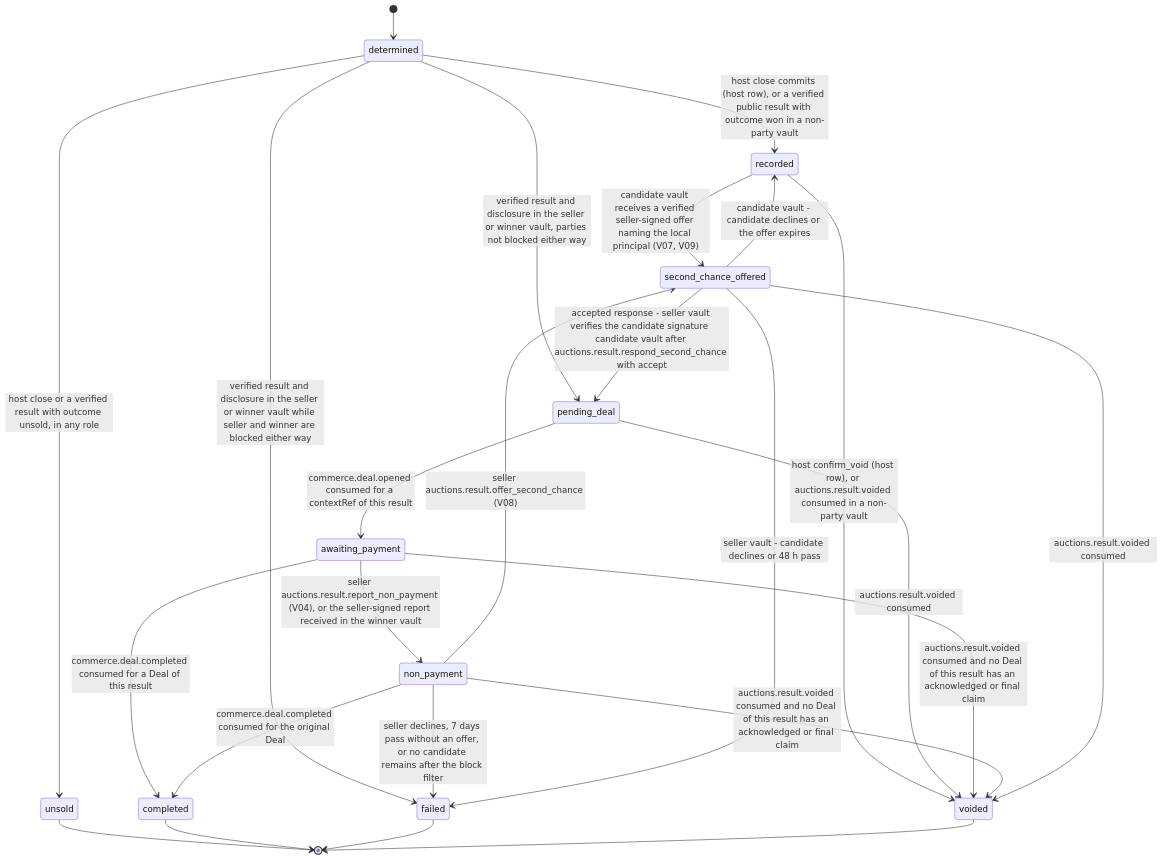
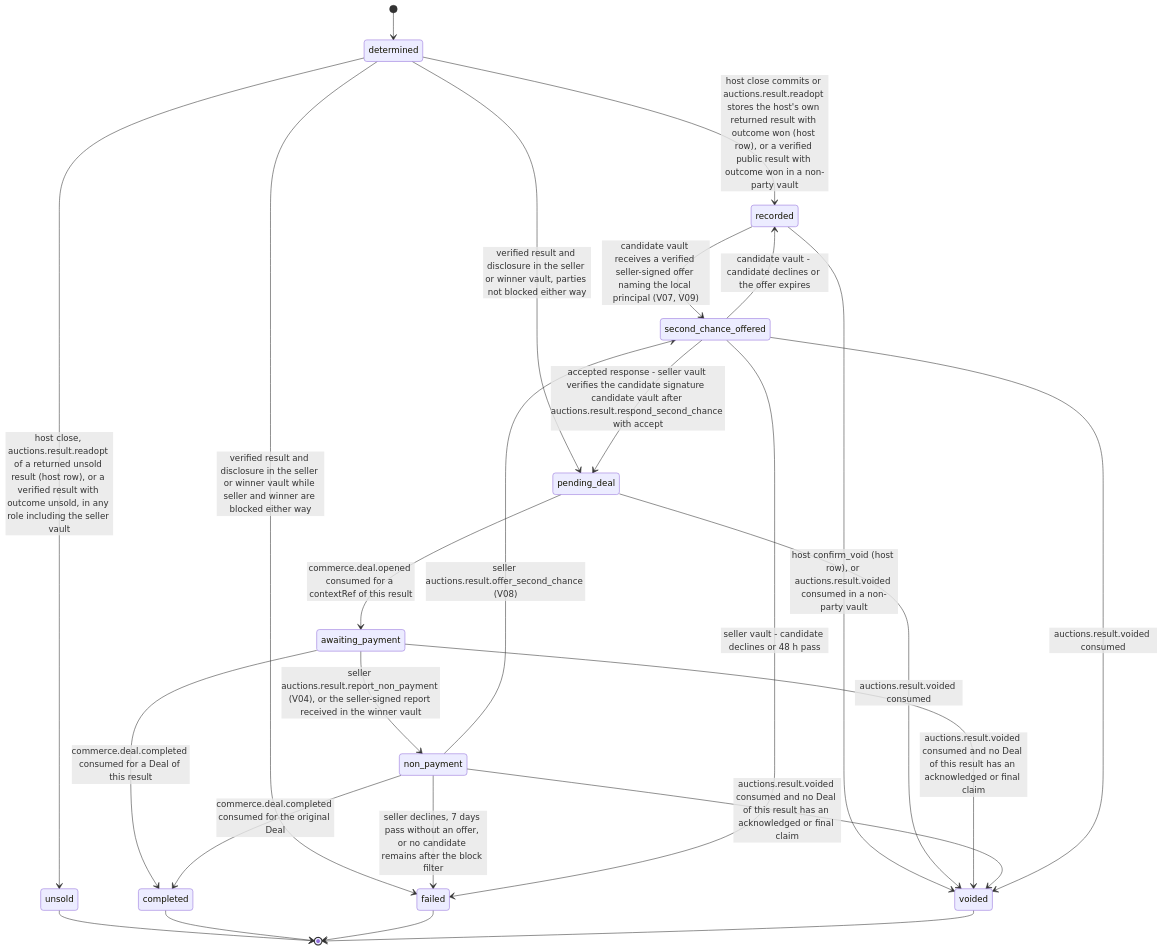
The diagram in 04_Auctions/01_auction_lifecycle/mod_close/workflow_state_machine.md (djshellshoxxx/CLASSifiedisRUPTed), drawn with Mermaid before and after one commit. The commit also changed other lines of this file and 50 other files, not shown here.

````diff
--- a/04_Auctions/01_auction_lifecycle/mod_close/workflow_state_machine.md
+++ b/04_Auctions/01_auction_lifecycle/mod_close/workflow_state_machine.md
@@ -42,27 +42,27 @@
 ```mermaid
 stateDiagram-v2
   [*] --> determined
-  determined --> recorded: host close commits (host row), or a verified public result with outcome won in a non-party vault
-  determined --> unsold: host close or a verified result with outcome unsold, in any role
+  determined --> recorded: host close commits or auctions.result.readopt stores the host's own returned result with outcome won (host row), or a verified public result with outcome won in a non-party vault
+  determined --> unsold: host close, auctions.result.readopt of a returned unsold result (host row), or a verified result with outcome unsold, in any role including the seller vault
   determined --> pending_deal: verified result and disclosure in the seller or winner vault, parties not blocked either way
   determined --> failed: verified result and disclosure in the seller or winner vault while seller and winner are blocked either way
   pending_deal --> awaiting_payment: commerce.deal.opened consumed for a contextRef of this result
   awaiting_payment --> completed: commerce.deal.completed consumed for a Deal of this result
   awaiting_payment --> non_payment: seller auctions.result.report_non_payment (V04), or the seller-signed report received in the winner vault
   non_payment --> completed: commerce.deal.completed consumed for the original Deal
   non_payment --> second_chance_offered: seller auctions.result.offer_second_chance (V08)
   non_payment --> failed: seller declines, 7 days pass without an offer, or no candidate remains after the block filter
   recorded --> second_chance_offered: candidate vault receives a verified seller-signed offer naming the local principal (V07, V09)
   second_chance_offered --> pending_deal: accepted response - seller vault verifies the candidate signature  candidate vault after auctions.result.respond_second_chance with accept
   second_chance_offered --> failed: seller vault - candidate declines or 48 h pass
   second_chance_offered --> recorded: candidate vault - candidate declines or the offer expires
   recorded --> voided: host confirm_void (host row), or auctions.result.voided consumed in a non-party vault
   pending_deal --> voided: auctions.result.voided consumed
   awaiting_payment --> voided: auctions.result.voided consumed and no Deal of this result has an acknowledged or final claim
   non_payment --> voided: auctions.result.voided consumed and no Deal of this result has an acknowledged or final claim
   second_chance_offered --> voided: auctions.result.voided consumed
   unsold --> [*]
   completed --> [*]
   failed --> [*]
   voided --> [*]
 ```
````
